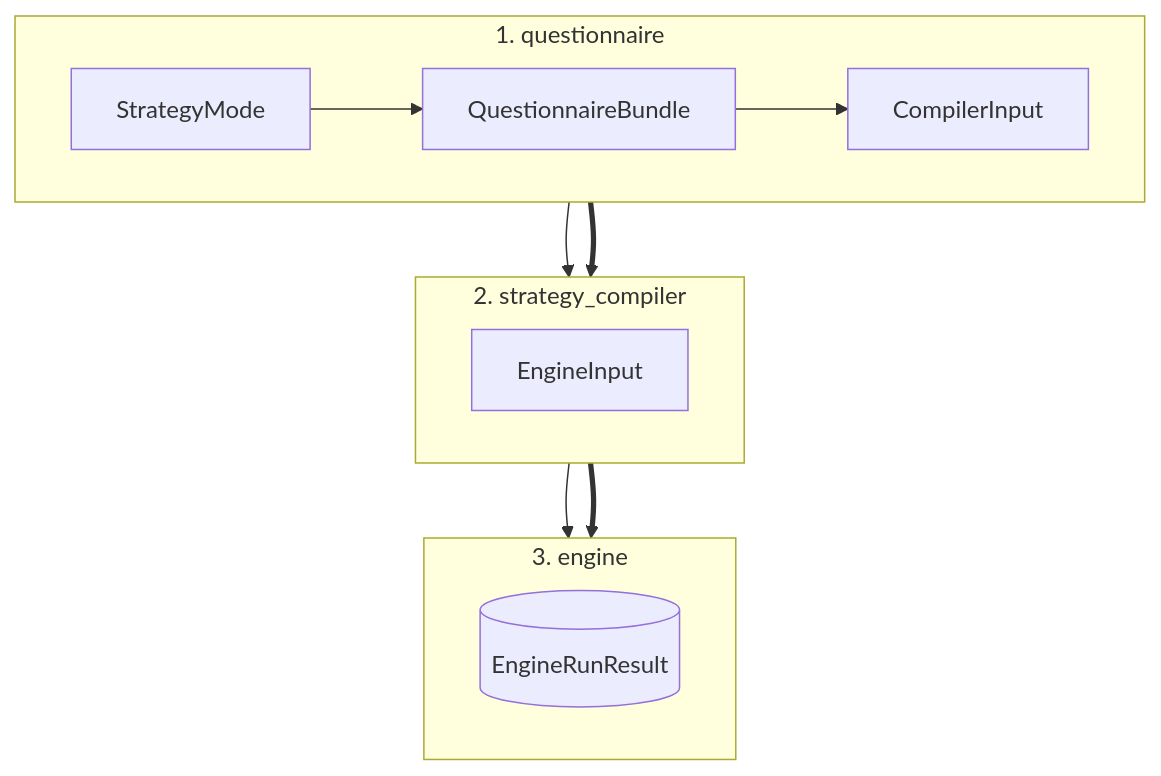
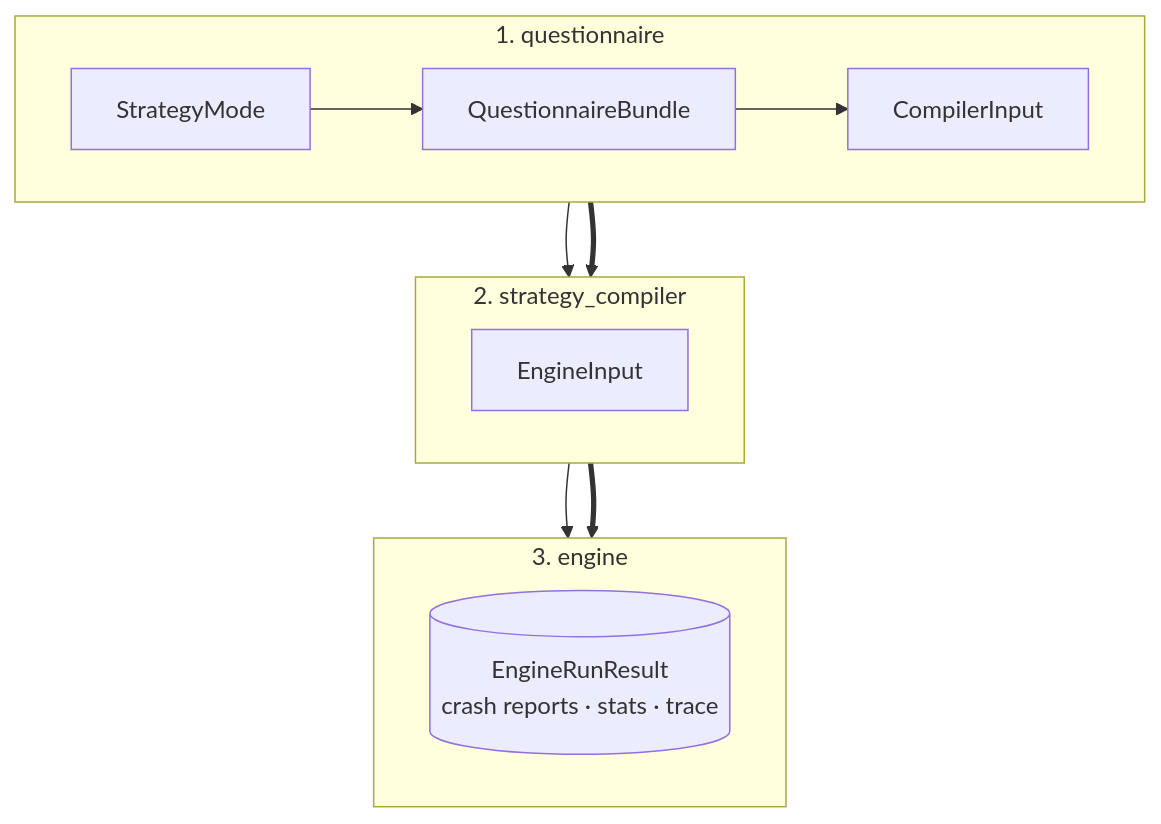
The first of 2 diagrams in docs/modules/custom-schemathesis/reference.md (Spec-Forge-Testing/specforge-docs), drawn with Mermaid before and after one commit. The commit also changed other lines of this file and 1 other file, not shown here.

Commit message:
docs(custom-schemathesis): document example-db isolation and trace recording

````diff
--- a/docs/modules/custom-schemathesis/reference.md
+++ b/docs/modules/custom-schemathesis/reference.md
@@ -8,21 +8,21 @@
 ```mermaid
 flowchart TD
     subgraph L1 ["1. questionnaire"]
         direction LR
         SM["StrategyMode"] --> QB["QuestionnaireBundle"]
         QB --> CI["CompilerInput"]
     end
 
     subgraph L2 ["2. strategy_compiler"]
         direction LR
         CI --> EI["EngineInput"]
     end
 
     subgraph L3 ["3. engine"]
         direction LR
-        EI --> ERR[("EngineRunResult")]
+        EI --> ERR[("EngineRunResult<br/>crash reports · stats · trace")]
     end
 
     L1 ==> L2
     L2 ==> L3
 ```
````
